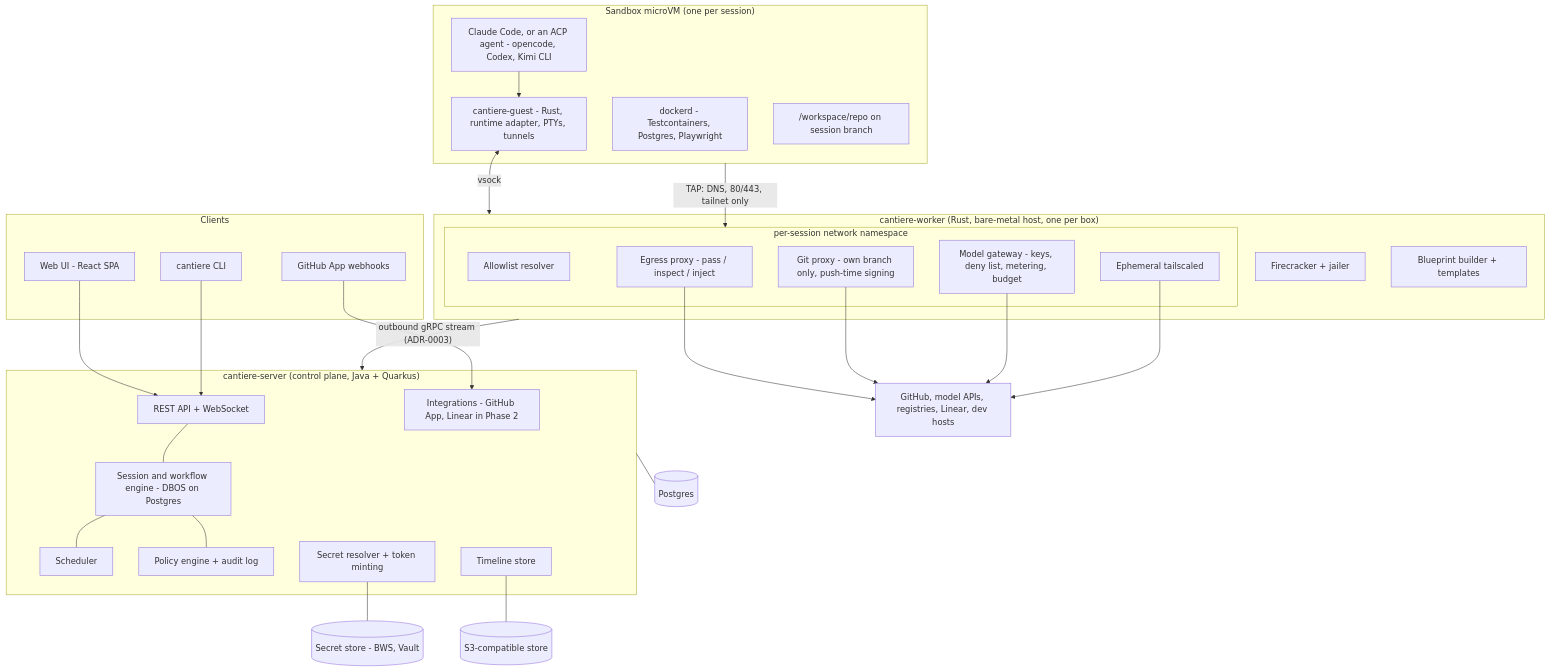
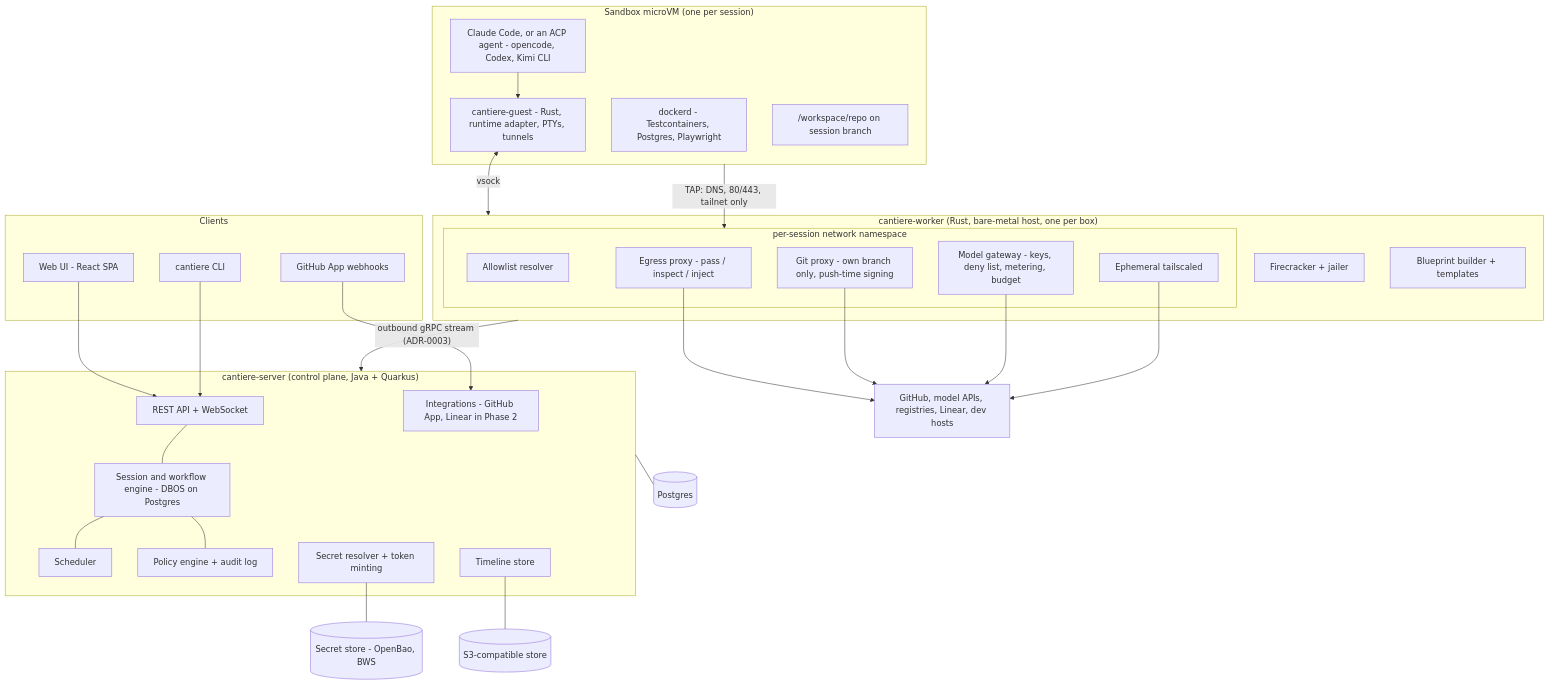
Before and after one commit to noahwhite/cantiere: the first of 2 diagrams in docs/architecture.md, drawn with Mermaid. The commit also changed other lines of this file and 6 other files, not shown here.

First line of the commit message:
docs(adr): OpenBao as first secret store, Keycloak as reference OIDC provider

````diff
--- a/docs/architecture.md
+++ b/docs/architecture.md
@@ -17,61 +17,61 @@
 ```mermaid
 flowchart TB
     subgraph clients[Clients]
         web[Web UI - React SPA]
         cli[cantiere CLI]
         gh_hooks[GitHub App webhooks]
     end
 
     subgraph cp["cantiere-server (control plane, Java + Quarkus)"]
         api[REST API + WebSocket]
         sess[Session and workflow engine - DBOS on Postgres]
         sched[Scheduler]
         pol[Policy engine + audit log]
         integ[Integrations - GitHub App, Linear in Phase 2]
         broker[Secret resolver + token minting]
         tl[Timeline store]
     end
 
     pg[(Postgres)]
     obj[(S3-compatible store)]
-    secrets[(Secret store - BWS, Vault)]
+    secrets[(Secret store - OpenBao, BWS)]
 
     subgraph worker["cantiere-worker (Rust, bare-metal host, one per box)"]
         vmm[Firecracker + jailer]
         build[Blueprint builder + templates]
         subgraph netns["per-session network namespace"]
             dns[Allowlist resolver]
             proxy[Egress proxy - pass / inspect / inject]
             gitp[Git proxy - own branch only, push-time signing]
             gw[Model gateway - keys, deny list, metering, budget]
             ts[Ephemeral tailscaled]
         end
     end
 
     subgraph vm["Sandbox microVM (one per session)"]
         guest[cantiere-guest - Rust, runtime adapter, PTYs, tunnels]
         agent[Claude Code, or an ACP agent - opencode, Codex, Kimi CLI]
         dockerd[dockerd - Testcontainers, Postgres, Playwright]
         repos["/workspace/repo on session branch"]
     end
 
     ext[GitHub, model APIs, registries, Linear, dev hosts]
 
     web --> api
     cli --> api
     gh_hooks --> integ
     api --- sess
     sess --- sched
     sess --- pol
     cp --- pg
     tl --- obj
     broker --- secrets
     worker -- "outbound gRPC stream (ADR-0003)" --> cp
     guest <-- vsock --> worker
     agent --> guest
     vm -- "TAP: DNS, 80/443, tailnet only" --> netns
     proxy --> ext
     gitp --> ext
     gw --> ext
     ts --> ext
 ```
````
